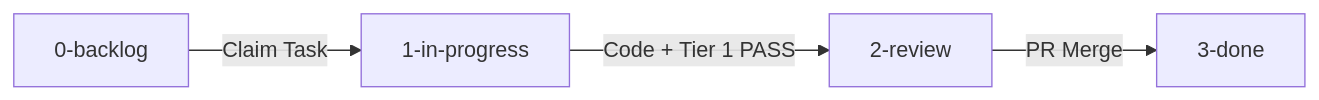
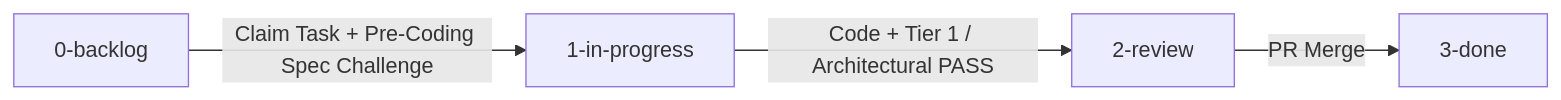
The diagram in docs/pm-as-code.md (hanyihtang2/ways-of-working), drawn with Mermaid before and after one commit. The commit also changed other lines of this file and 19 other files, not shown here.

Commit message:
feat(standards): add pre-coding spec challenge, architectural auto-escalation, and adversarial review checks

````diff
--- a/docs/pm-as-code.md
+++ b/docs/pm-as-code.md
@@ -63,6 +65,6 @@
 ```mermaid
 flowchart LR
-    Backlog["0-backlog"] -->|Claim Task| InProgress["1-in-progress"]
-    InProgress -->|Code + Tier 1 PASS| Review["2-review"]
+    Backlog["0-backlog"] -->|Claim Task + Pre-Coding Spec Challenge| InProgress["1-in-progress"]
+    InProgress -->|Code + Tier 1 / Architectural PASS| Review["2-review"]
     Review -->|PR Merge| Done["3-done"]
 ```
````
